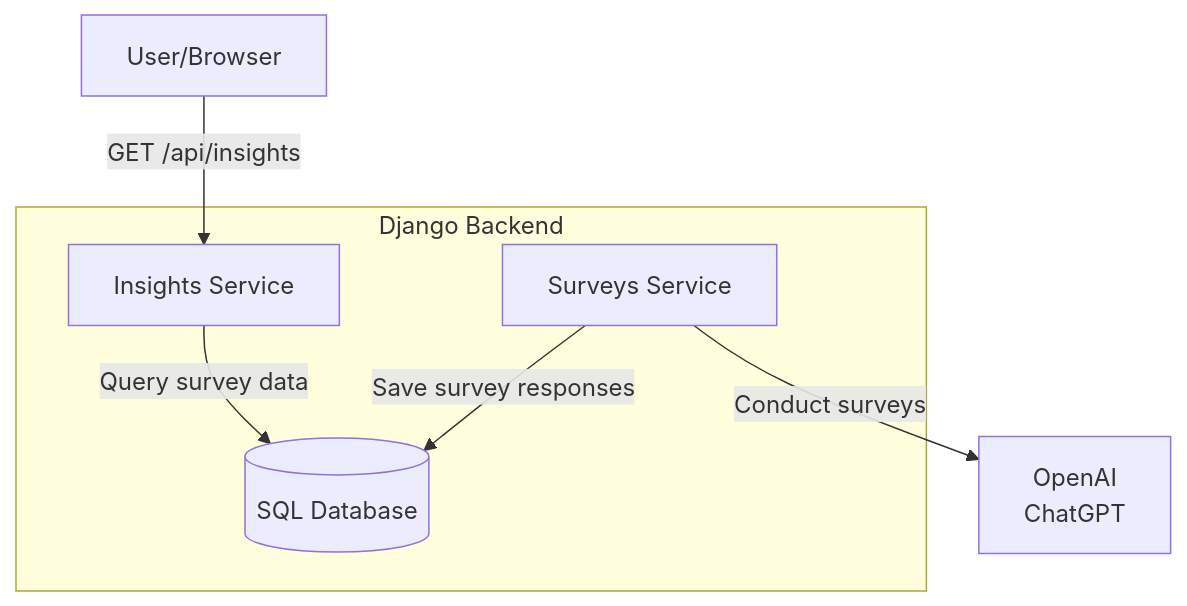
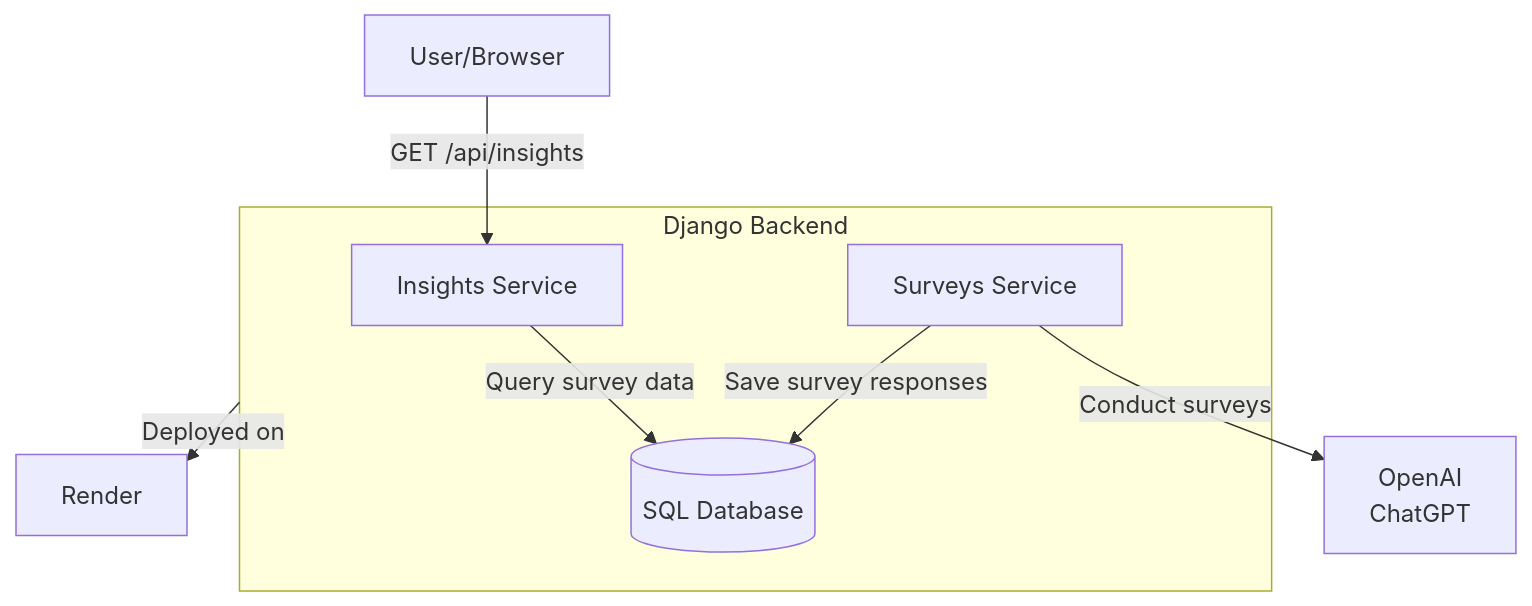
The diagram in README.md (sharbeldahlan/survey-gorilla), drawn with Mermaid before and after one commit.

Commit message:
Add deployment to System Architecture in README

````diff
--- a/README.md
+++ b/README.md
@@ -27,12 +27,13 @@
 ```mermaid
 graph TD
     A[User/Browser] -->|GET /api/insights| B[Insights Service]
     B -->|Query survey data| C[(SQL Database)]
     E[Surveys Service] -->|Conduct surveys| D[OpenAI<br>ChatGPT]
     E -->|Save survey responses| C
     subgraph G[Django Backend]
         B
         C
         E
     end
+    G -->|Deployed on| F[Render]
 ```
````
